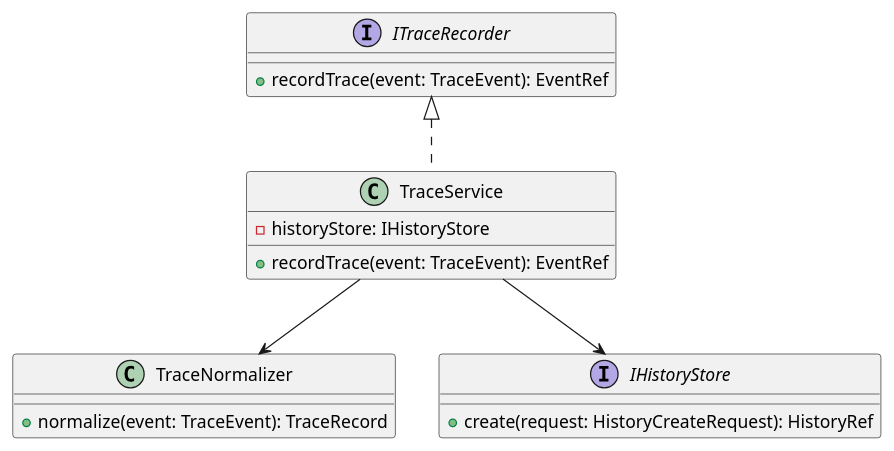
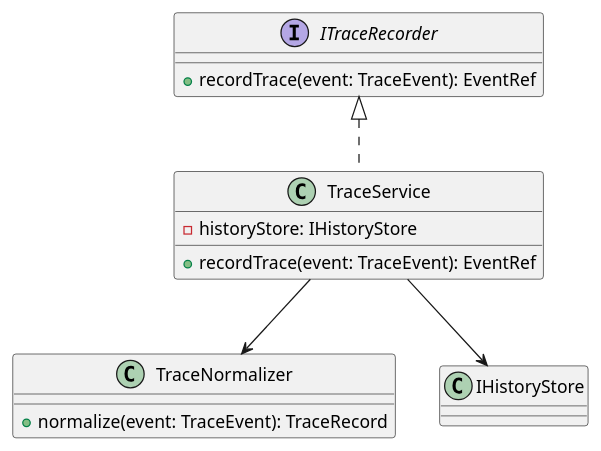
Before and after one commit to lucky-chen/ai_workflow_travel: the first of 2 diagrams in meta_layer/docs/design_docs/QualityGate/Trace.md, drawn with PlantUML. The commit also changed other lines of this file and 18 other files, not shown here.

````diff
--- a/meta_layer/docs/design_docs/QualityGate/Trace.md
+++ b/meta_layer/docs/design_docs/QualityGate/Trace.md
@@ -38,24 +38,20 @@
 ```plantuml
 @startuml
 interface ITraceRecorder {
   +recordTrace(event: TraceEvent): EventRef
 }
 
 class TraceService {
   -historyStore: IHistoryStore
   +recordTrace(event: TraceEvent): EventRef
 }
 
 class TraceNormalizer {
   +normalize(event: TraceEvent): TraceRecord
 }
 
-interface IHistoryStore {
-  +create(request: HistoryCreateRequest): HistoryRef
-}
-
 ITraceRecorder <|.. TraceService
 TraceService --> TraceNormalizer
 TraceService --> IHistoryStore
 @enduml
 ```
````
